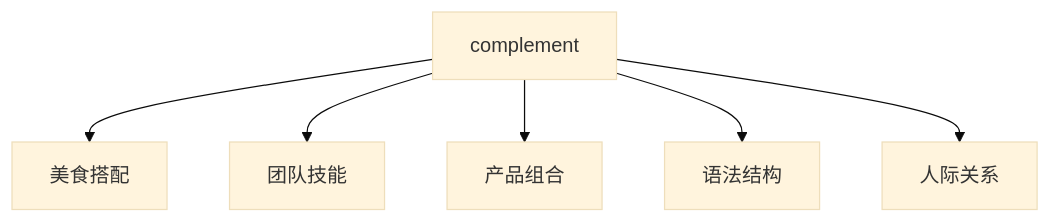
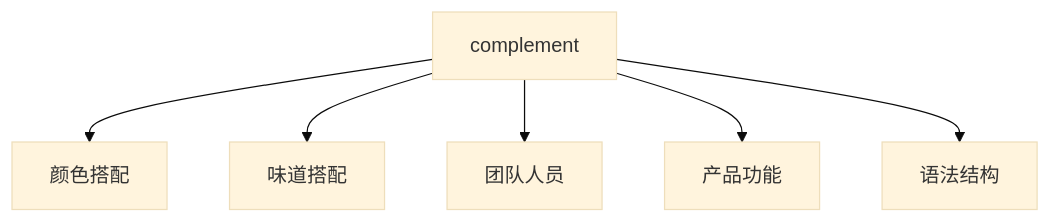
The third of 5 diagrams in slides_backup/托业单词/20260630/01.md (seki999/DialogueFlow), drawn with Mermaid (base theme) before and after one commit. The commit also changed other lines of this file and 28 other files, not shown here.

````diff
--- a/slides_backup/托业单词/20260630/01.md
+++ b/slides_backup/托业单词/20260630/01.md
@@ -52,8 +64,8 @@
 ```mermaid
 flowchart TD
-    A[complement] --> B[美食搭配]
-    A --> C[团队技能]
-    A --> D[产品组合]
-    A --> E[语法结构]
-    A --> F[人际关系]
+    A[complement] --> B[颜色搭配]
+    A --> C[味道搭配]
+    A --> D[团队人员]
+    A --> E[产品功能]
+    A --> F[语法结构]
 ```
````
